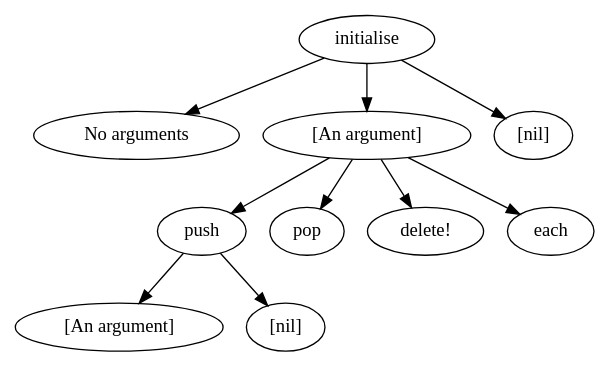
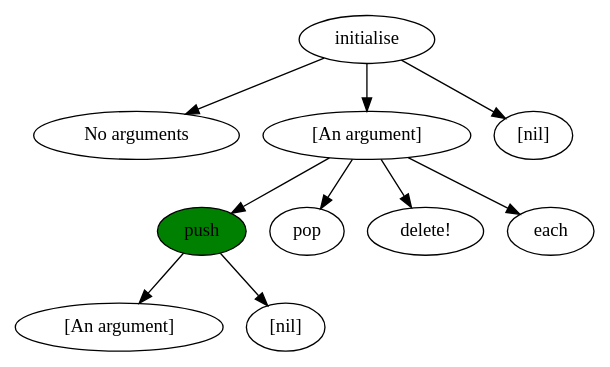
Before and after one commit to IgnoredAmbience/splats: the diagram in docs/images/treeview3.gv, drawn with Graphviz. The commit also changed 2 other files, not shown here.

Commit message:
Added some packages, arranged images and added fake graph stuff

```diff
--- a/docs/images/treeview3.gv
+++ b/docs/images/treeview3.gv
@@ -1,20 +1,20 @@
 digraph {
   a1[label="No arguments"];
   a2[label="[An argument]"];
   a3[label="[nil]"];
   "initialise" -> a1
   "initialise" -> a2
   "initialise" -> a3
-  b1[label=push]
+  b1[label=push, style=filled, fillcolor=green]
   b2[label=pop]
   b3[label="delete!"]
   b4[label=each]
   a2 -> b1
   a2 -> b2
   a2 -> b3
   a2 -> b4
   c1[label="[An argument]"]
   c2[label="[nil]"]
   b1 -> c1
   b1 -> c2
 }
```
